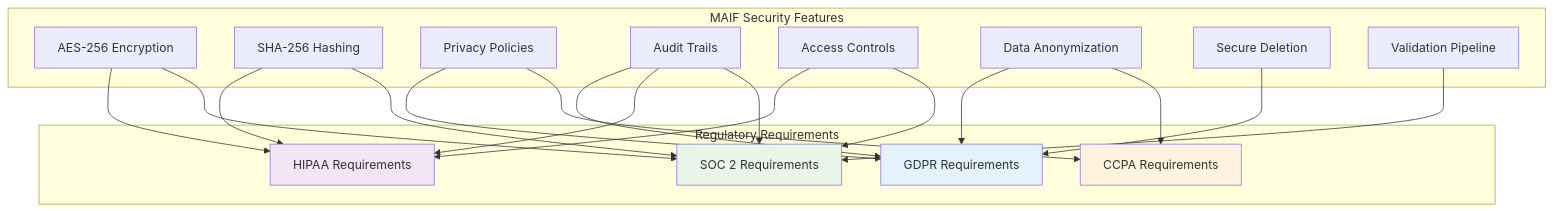
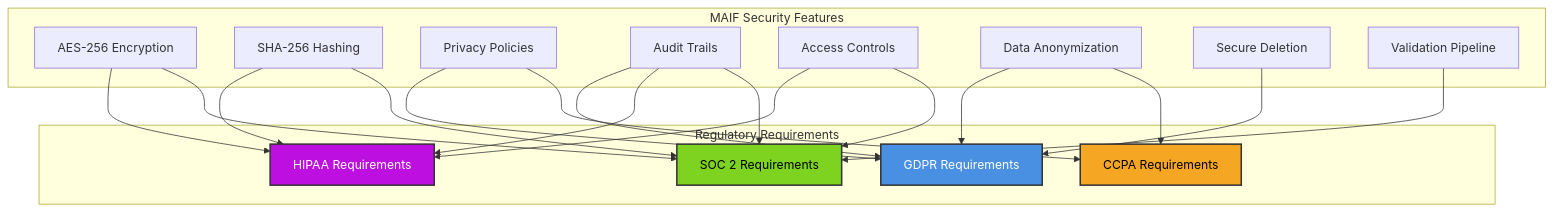
Before and after one commit to mbhatt1/maifscratch: diagram 17 of 24 in SECURITY_SPECIFICATION.md, drawn with Mermaid. The commit also changed other lines of this file, not shown here.

````diff
--- a/SECURITY_SPECIFICATION.md
+++ b/SECURITY_SPECIFICATION.md
@@ -782,41 +782,41 @@
 ```mermaid
 graph TD
     subgraph "MAIF Security Features"
         SF1[AES-256 Encryption]
         SF2[SHA-256 Hashing]
         SF3[Privacy Policies]
         SF4[Audit Trails]
         SF5[Access Controls]
         SF6[Data Anonymization]
         SF7[Secure Deletion]
         SF8[Validation Pipeline]
     end
     
     subgraph "Regulatory Requirements"
         GDPR[GDPR Requirements]
         HIPAA[HIPAA Requirements]
         SOC2[SOC 2 Requirements]
         CCPA[CCPA Requirements]
     end
     
     SF1 --> HIPAA
     SF1 --> SOC2
     SF2 --> HIPAA
     SF2 --> SOC2
     SF3 --> GDPR
     SF3 --> CCPA
     SF4 --> GDPR
     SF4 --> HIPAA
     SF4 --> SOC2
     SF5 --> HIPAA
     SF5 --> SOC2
     SF6 --> GDPR
     SF6 --> CCPA
     SF7 --> GDPR
     SF8 --> SOC2
     
-    style GDPR fill:#e3f2fd
-    style HIPAA fill:#f3e5f5
-    style SOC2 fill:#e8f5e8
-    style CCPA fill:#fff3e0
+    style GDPR fill:#4A90E2,stroke:#333,stroke-width:2px,color:#fff
+    style HIPAA fill:#BD10E0,stroke:#333,stroke-width:2px,color:#fff
+    style SOC2 fill:#7ED321,stroke:#333,stroke-width:2px,color:#000
+    style CCPA fill:#F5A623,stroke:#333,stroke-width:2px,color:#000
 ```
````
